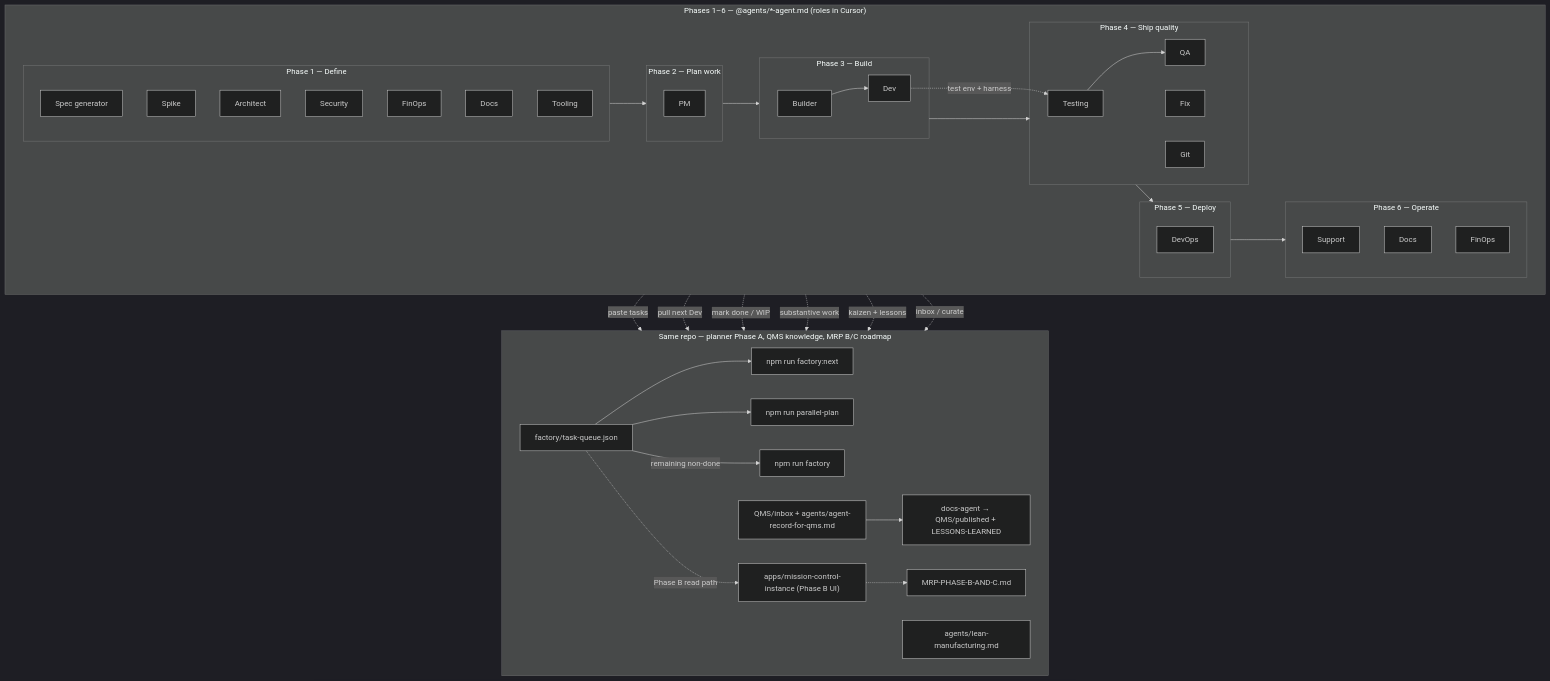
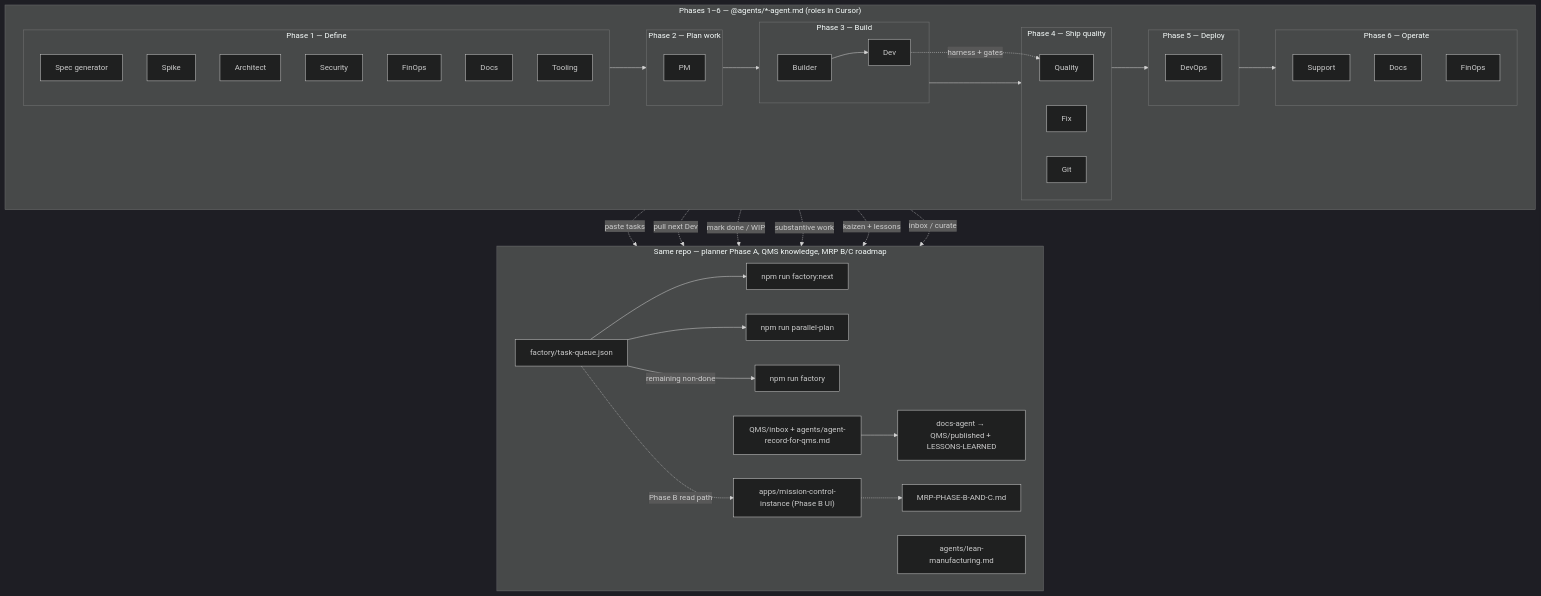
Before and after one commit to llanesleonardo/saas-factory: the first of 2 diagrams in organizational_memory/FACTORY-PROCESS.md, drawn with Mermaid (dark theme). The commit also changed other lines of this file and 97 other files, not shown here.

First line of the commit message:
chore(factory): standardize agents and add registry/schemas

````diff
--- a/organizational_memory/FACTORY-PROCESS.md
+++ b/organizational_memory/FACTORY-PROCESS.md
@@ -35,66 +34,64 @@
 ```mermaid
 flowchart TB
   subgraph DEL["Phases 1–6 — @agents/*-agent.md (roles in Cursor)"]
     direction LR
     subgraph P1["Phase 1 — Define"]
       SG[Spec generator]
       SP[Spike]
       AR[Architect]
       SE[Security]
       FI[FinOps]
       DC[Docs]
       TO[Tooling]
     end
     subgraph P2["Phase 2 — Plan work"]
       PM[PM]
     end
     subgraph P3["Phase 3 — Build"]
       BL[Builder]
       DV[Dev]
       BL --> DV
     end
     subgraph P4["Phase 4 — Ship quality"]
-      TE[Testing]
-      QA[QA]
+      QU[Quality]
       FX[Fix]
       GT[Git]
-      TE --> QA
     end
-    DV -.->|test env + harness| TE
+    DV -.->|harness + gates| QU
     subgraph P5["Phase 5 — Deploy"]
       DO[DevOps]
     end
     subgraph P6["Phase 6 — Operate"]
       SU[Support]
       DC2[Docs]
       FI2[FinOps]
     end
     P1 --> P2 --> P3 --> P4 --> P5 --> P6
   end
 
   subgraph SYS["Same repo — planner Phase A, QMS knowledge, MRP B/C roadmap"]
     direction LR
     TQ["factory/task-queue.json"]
     FN["npm run factory:next"]
     PP["npm run parallel-plan"]
     FB["npm run factory"]
     LN["agents/lean-manufacturing.md"]
     QIN["QMS/inbox + agents/agent-record-for-qms.md"]
     QOUT["docs-agent → QMS/published + LESSONS-LEARNED"]
     MC["apps/mission-control-instance (Phase B UI)"]
     RD["MRP-PHASE-B-AND-C.md"]
     TQ --> FN
     TQ --> PP
     TQ -->|remaining non-done| FB
     QIN --> QOUT
     MC -.-> RD
     TQ -.->|Phase B read path| MC
   end
 
   P2 -.->|paste tasks| TQ
   P3 -.->|pull next Dev| FN
   P3 -.->|mark done / WIP| TQ
   P4 -.->|substantive work| QIN
   P6 -.->|kaizen + lessons| LN
   P6 -.->|inbox / curate| QIN
 ```
````
